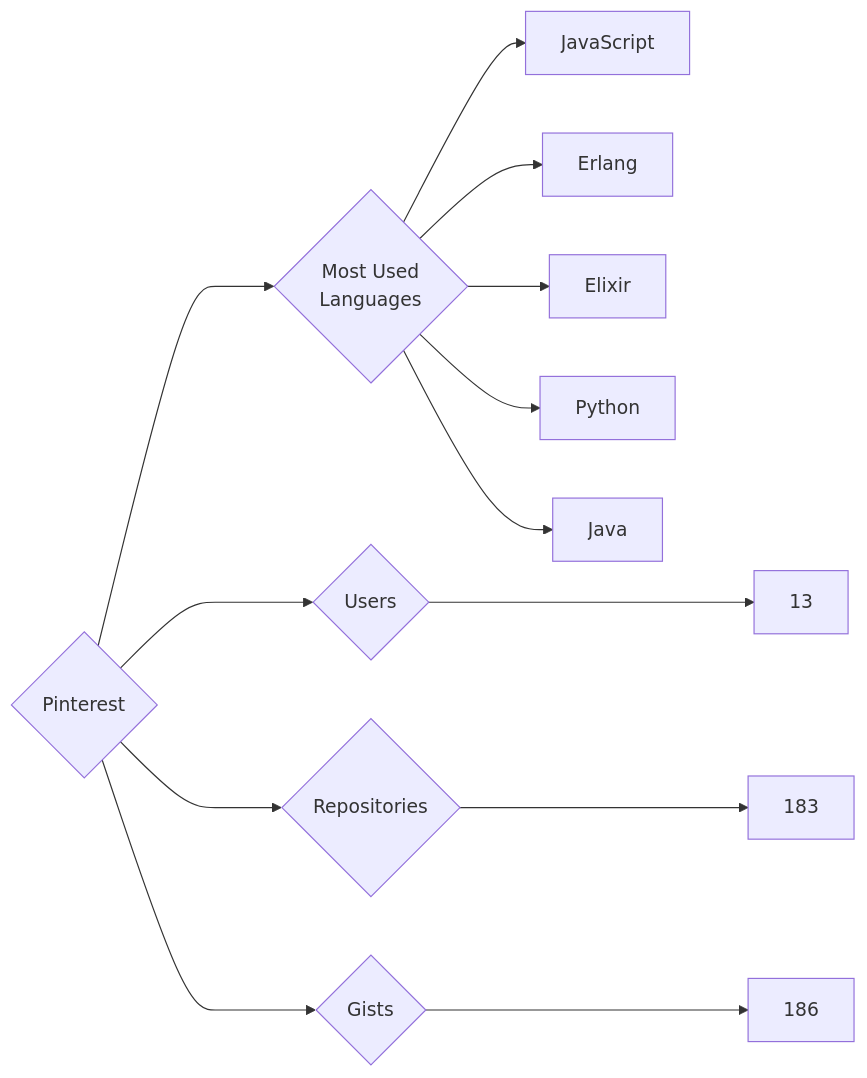
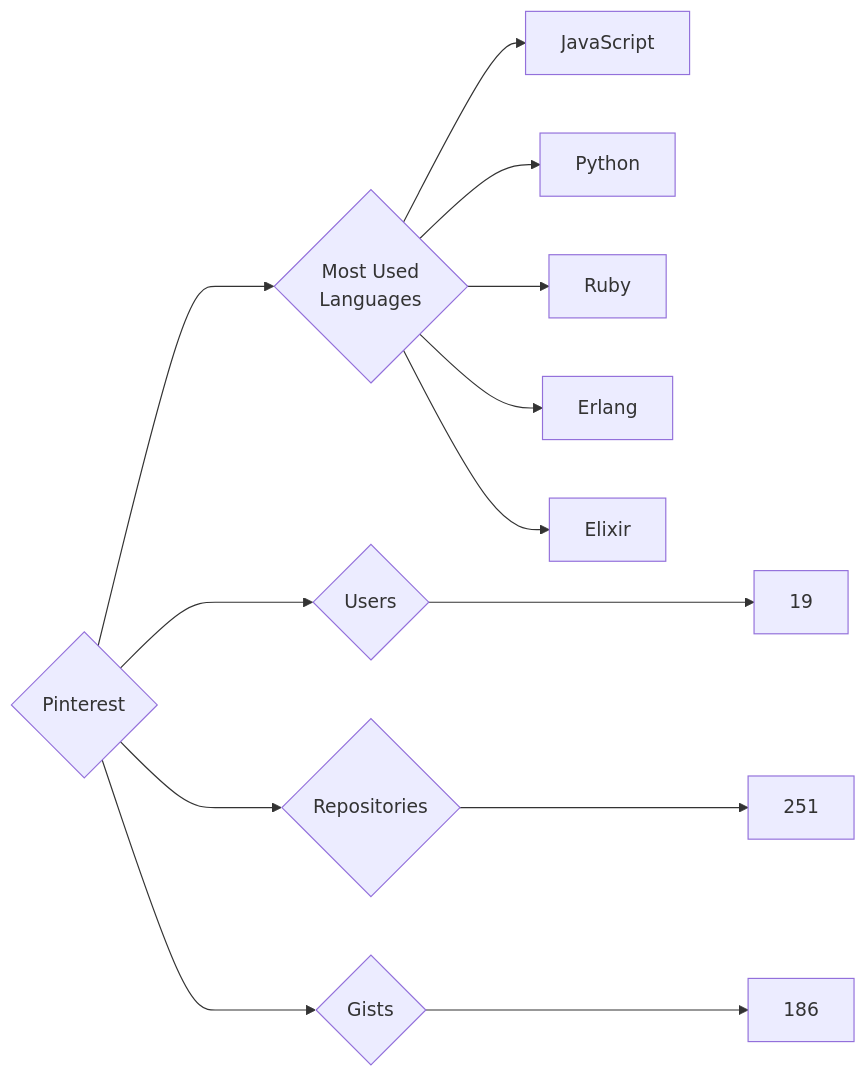
One commit to trickest/insiders changed the diagram in targets/Pinterest/README.md. Above: the diagram before and after it, drawn with Mermaid. The commit also changed 715 other files, not shown here.

````diff
--- a/targets/Pinterest/README.md
+++ b/targets/Pinterest/README.md
@@ -3,13 +3,13 @@
 ```mermaid
 graph LR
 COMPANY_NAME{Pinterest}
-COMPANY_NAME ---> U{Users} ---> UN[13]
-COMPANY_NAME ---> R{Repositories} ---> RN[183]
+COMPANY_NAME ---> U{Users} ---> UN[19]
+COMPANY_NAME ---> R{Repositories} ---> RN[251]
 COMPANY_NAME ---> G{Gists} ---> GN[186]
 COMPANY_NAME ---> ML{Most Used<br>Languages}
 ML --> JavaScript[JavaScript]
+ML --> Python[Python]
+ML --> Ruby[Ruby]
 ML --> Erlang[Erlang]
 ML --> Elixir[Elixir]
-ML --> Python[Python]
-ML --> Java[Java]
 ```
````
